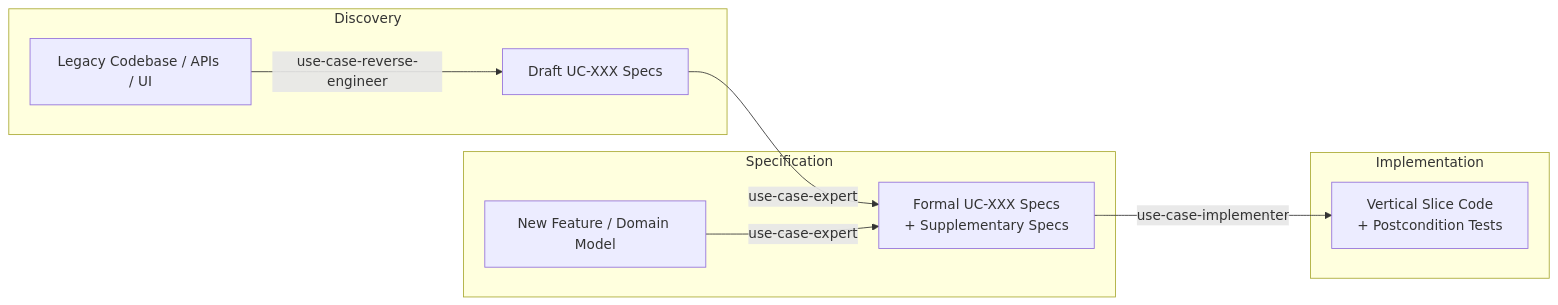
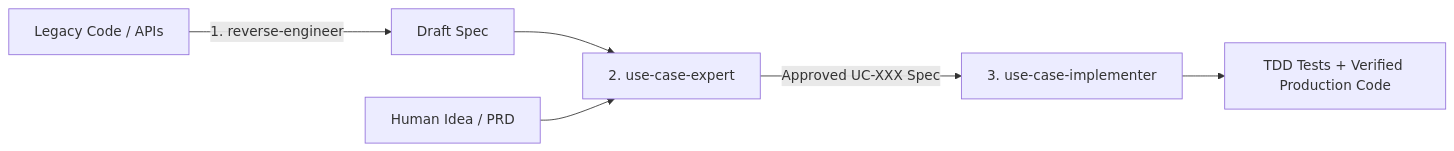
One commit to dominikenkelmann/skills changed the diagram in README.md. Above: the diagram before and after it, drawn with Mermaid. The commit also changed other lines of this file and 10 other files, not shown here.

````diff
--- a/README.md
+++ b/README.md
@@ -37,15 +29,8 @@
 ```mermaid
 graph LR
-  subgraph Discovery
-    Legacy[Legacy Codebase / APIs / UI] -->|use-case-reverse-engineer| DraftSpecs[Draft UC-XXX Specs]
-  end
-
-  subgraph Specification
-    DraftSpecs -->|use-case-expert| FormalSpecs[Formal UC-XXX Specs<br/>+ Supplementary Specs]
-    NewIdea[New Feature / Domain Model] -->|use-case-expert| FormalSpecs
-  end
-
-  subgraph Implementation
-    FormalSpecs -->|use-case-implementer| Code[Vertical Slice Code<br/>+ Postcondition Tests]
-  end
+    LEGACY[Legacy Code / APIs] -->|1. reverse-engineer| RE[Draft Spec]
+    RE --> UCE[2. use-case-expert]
+    HUMAN[Human Idea / PRD] --> UCE
+    UCE -->|Approved UC-XXX Spec| UCI[3. use-case-implementer]
+    UCI --> PROD[TDD Tests + Verified Production Code]
 ```
````
